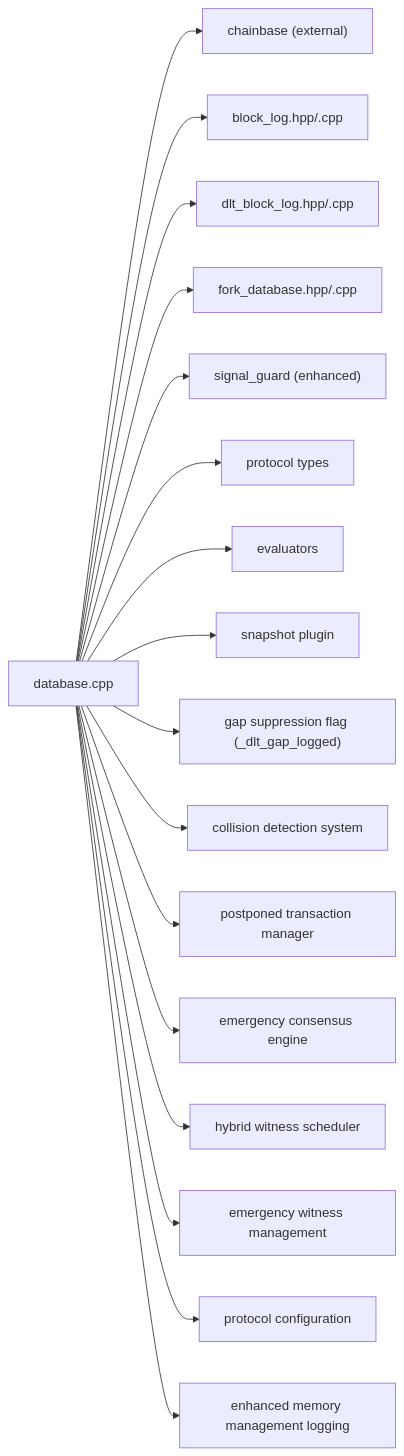
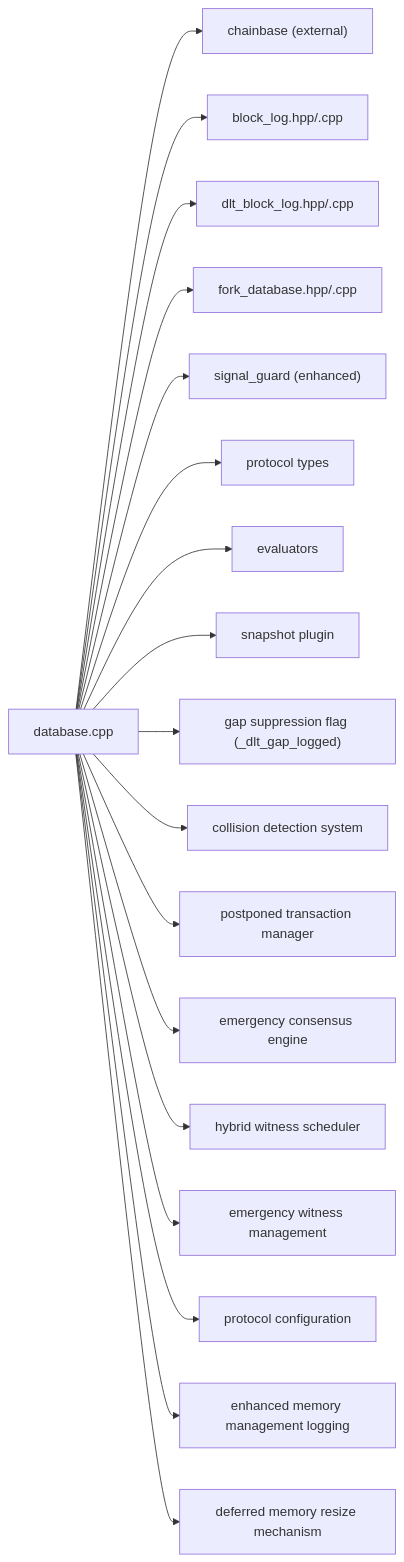
Before and after one commit to VIZ-Blockchain/viz-cpp-node: diagram 22 of 22 in .qoder/repowiki/en/content/Architecture Overview/Core Libraries/Chain Library/Database Management/Database Management.md, drawn with Mermaid. The commit also changed other lines of this file and 6 other files, not shown here.

First line of the commit message:
feat(database): implement deferred shared memory resize with thread safety

````diff
--- a/.qoder/repowiki/en/content/Architecture Overview/Core Libraries/Chain Library/Database Management/Database Management.md
+++ b/.qoder/repowiki/en/content/Architecture Overview/Core Libraries/Chain Library/Database Management/Database Management.md
@@ -992,19 +1046,20 @@
 ```mermaid
 graph LR
 DB["database.cpp"] --> CB["chainbase (external)"]
 DB --> BL["block_log.hpp/.cpp"]
 DB --> DLT["dlt_block_log.hpp/.cpp"]
 DB --> FD["fork_database.hpp/.cpp"]
 DB --> SG["signal_guard (enhanced)"]
 DB --> PT["protocol types"]
 DB --> EV["evaluators"]
 DB --> SNAP["snapshot plugin"]
 DB --> GAP["gap suppression flag (_dlt_gap_logged)"]
 DB --> COLL["collision detection system"]
 DB --> POST["postponed transaction manager"]
 DB --> EMER["emergency consensus engine"]
 DB --> HYBRID["hybrid witness scheduler"]
 DB --> WITNESS["emergency witness management"]
 DB --> PROTO["protocol configuration"]
 DB --> MEMLOG["enhanced memory management logging"]
+DB --> DEFER["deferred memory resize mechanism"]
 ```
````
